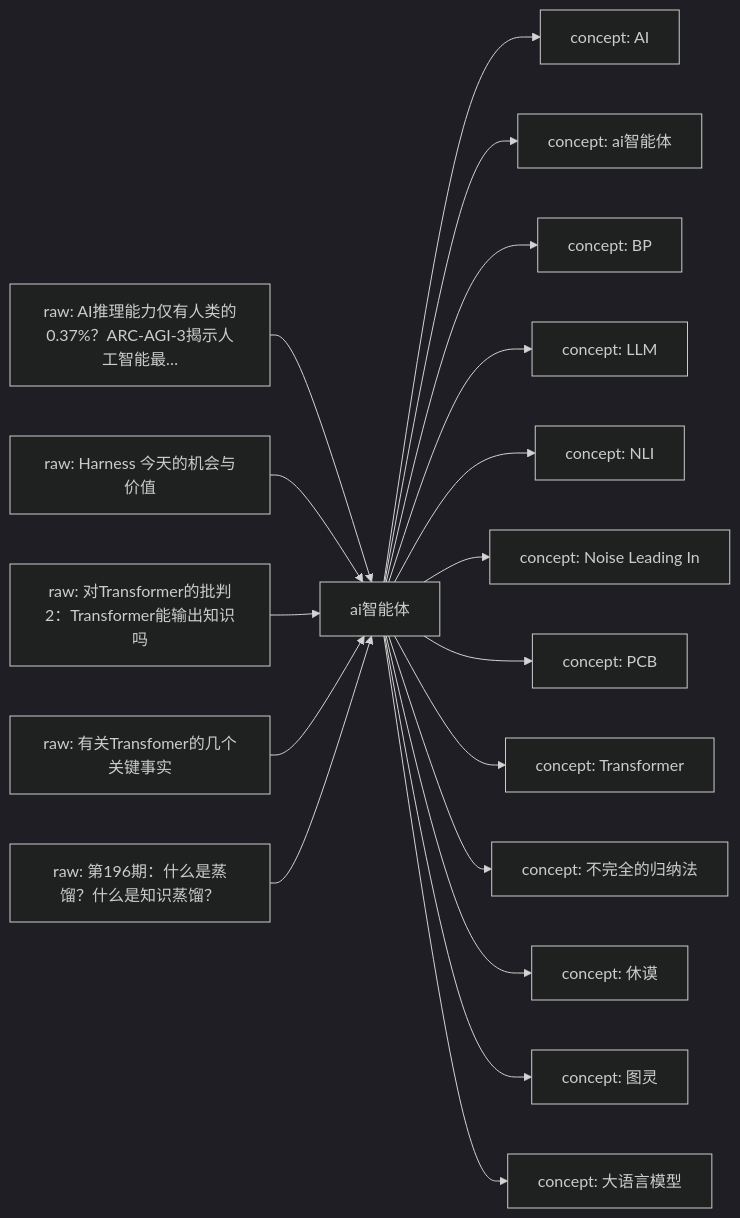
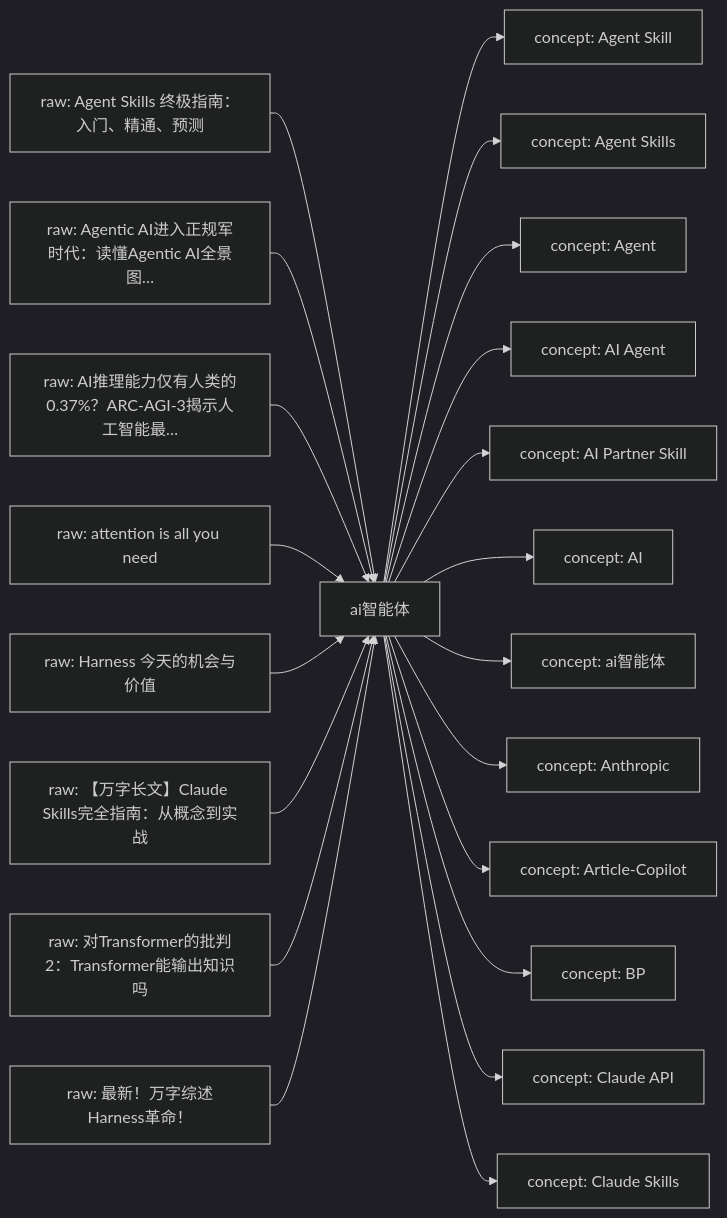
The first of 2 diagrams in LLM Wiki/wiki/domains/ai智能体.md (mwbel/ResearchManjushri), drawn with Mermaid (dark theme) before and after one commit. The commit also changed other lines of this file and 57 other files, not shown here.

````diff
--- a/LLM Wiki/wiki/domains/ai智能体.md
+++ b/LLM Wiki/wiki/domains/ai智能体.md
@@ -32,21 +32,24 @@
 ```mermaid
 flowchart LR
     D["ai智能体"]
-    R1["raw: AI推理能力仅有人类的0.37%？ARC-AGI-3揭示人工智能最…"] --> D
-    R2["raw: Harness 今天的机会与价值"] --> D
-    R3["raw: 对Transformer的批判2：Transformer能输出知识吗"] --> D
-    R4["raw: 有关Transfomer的几个关键事实"] --> D
-    R5["raw: 第196期：什么是蒸馏？什么是知识蒸馏？"] --> D
-    D --> W1["concept: AI"]
-    D --> W2["concept: ai智能体"]
-    D --> W3["concept: BP"]
-    D --> W4["concept: LLM"]
-    D --> W5["concept: NLI"]
-    D --> W6["concept: Noise Leading In"]
-    D --> W7["concept: PCB"]
-    D --> W8["concept: Transformer"]
-    D --> W9["concept: 不完全的归纳法"]
-    D --> W10["concept: 休谟"]
-    D --> W11["concept: 图灵"]
-    D --> W12["concept: 大语言模型"]
+    R1["raw: Agent Skills 终极指南：入门、精通、预测"] --> D
+    R2["raw: Agentic AI进入正规军时代：读懂Agentic AI全景图…"] --> D
+    R3["raw: AI推理能力仅有人类的0.37%？ARC-AGI-3揭示人工智能最…"] --> D
+    R4["raw: attention is all you need"] --> D
+    R5["raw: Harness 今天的机会与价值"] --> D
+    R6["raw: 【万字长文】Claude Skills完全指南：从概念到实战"] --> D
+    R7["raw: 对Transformer的批判2：Transformer能输出知识吗"] --> D
+    R8["raw: 最新！万字综述Harness革命！"] --> D
+    D --> W1["concept: Agent Skill"]
+    D --> W2["concept: Agent Skills"]
+    D --> W3["concept: Agent"]
+    D --> W4["concept: AI Agent"]
+    D --> W5["concept: AI Partner Skill"]
+    D --> W6["concept: AI"]
+    D --> W7["concept: ai智能体"]
+    D --> W8["concept: Anthropic"]
+    D --> W9["concept: Article-Copilot"]
+    D --> W10["concept: BP"]
+    D --> W11["concept: Claude API"]
+    D --> W12["concept: Claude Skills"]
 ```
````
